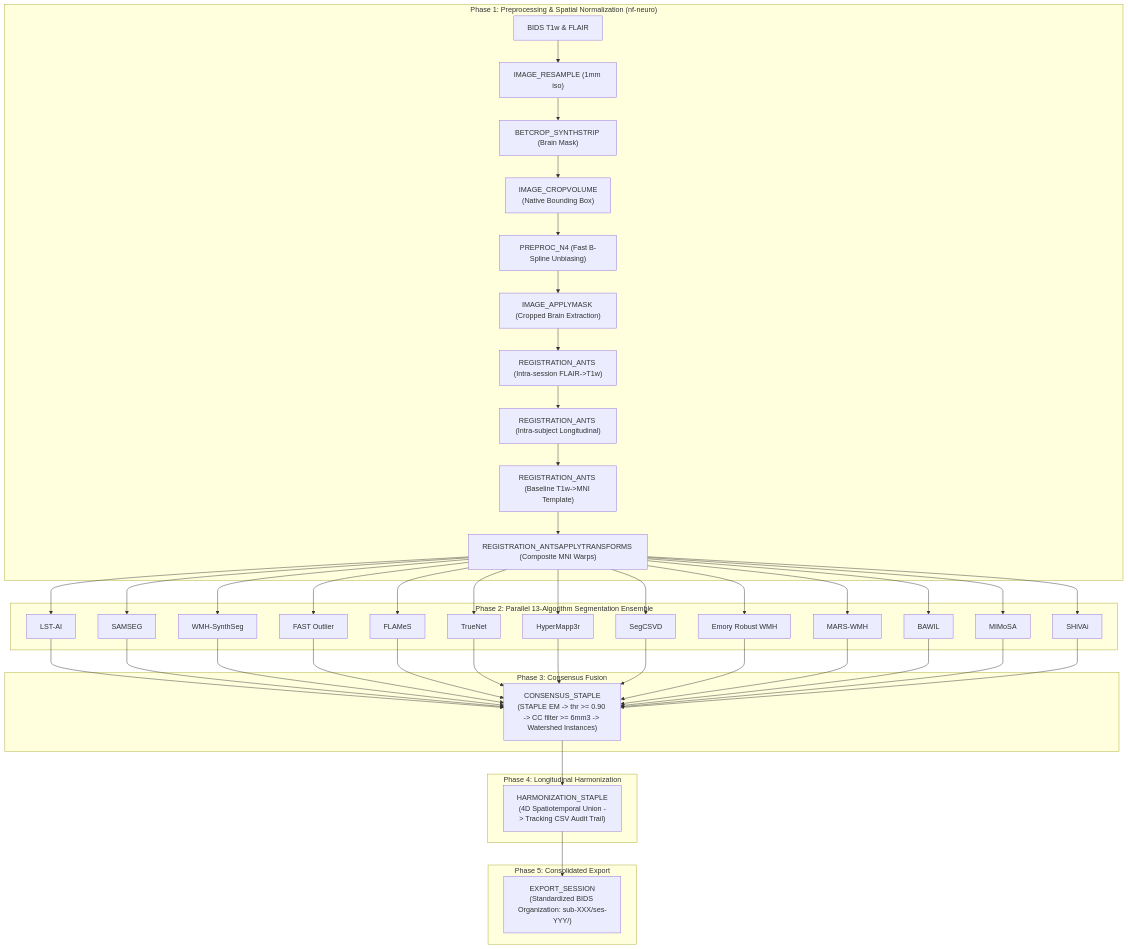
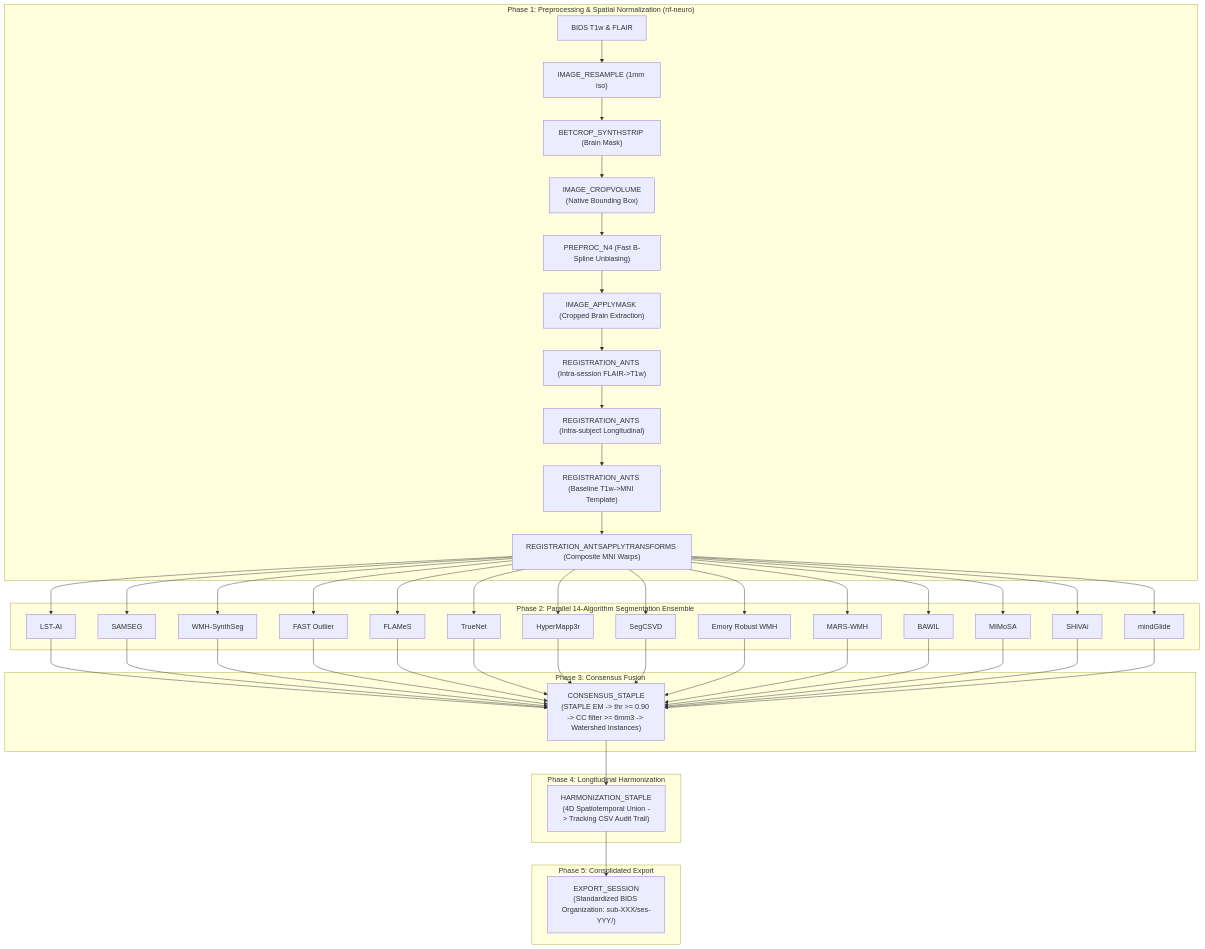
Before and after one commit to frheault/sf-lesionflow: the diagram in README.md, drawn with Mermaid. The commit also changed other lines of this file and 15 other files, not shown here.

````diff
--- a/README.md
+++ b/README.md
@@ -23,42 +23,43 @@
 ```mermaid
 flowchart TD
     subgraph Phase1["Phase 1: Preprocessing & Spatial Normalization (nf-neuro)"]
         A["BIDS T1w & FLAIR"] --> B["IMAGE_RESAMPLE (1mm iso)"]
         B --> C["BETCROP_SYNTHSTRIP (Brain Mask)"]
         C --> CR["IMAGE_CROPVOLUME<br>(Native Bounding Box)"]
         CR --> D["PREPROC_N4 (Fast B-Spline Unbiasing)"]
         D --> E["IMAGE_APPLYMASK (Cropped Brain Extraction)"]
         E --> F["REGISTRATION_ANTS (Intra-session FLAIR->T1w)"]
         F --> G["REGISTRATION_ANTS (Intra-subject Longitudinal)"]
         G --> H["REGISTRATION_ANTS (Baseline T1w->MNI Template)"]
         H --> I["REGISTRATION_ANTSAPPLYTRANSFORMS (Composite MNI Warps)"]
     end
 
-    subgraph Phase2["Phase 2: Parallel 13-Algorithm Segmentation Ensemble"]
+    subgraph Phase2["Phase 2: Parallel 14-Algorithm Segmentation Ensemble"]
         I --> S1["LST-AI"]
         I --> S2["SAMSEG"]
         I --> S3["WMH-SynthSeg"]
         I --> S4["FAST Outlier"]
         I --> S5["FLAMeS"]
         I --> S6["TrueNet"]
         I --> S7["HyperMapp3r"]
         I --> S8["SegCSVD"]
         I --> S9["Emory Robust WMH"]
         I --> S10["MARS-WMH"]
         I --> S11["BAWIL"]
         I --> S12["MIMoSA"]
         I --> S13["SHiVAi"]
+        I --> S14["mindGlide"]
     end
 
     subgraph Phase3["Phase 3: Consensus Fusion"]
-        S1 & S2 & S3 & S4 & S5 & S6 & S7 & S8 & S9 & S10 & S11 & S12 & S13 --> CF["CONSENSUS_STAPLE<br>(STAPLE EM -> thr >= 0.90 -> CC filter >= 6mm3 -> Watershed Instances)"]
+        S1 & S2 & S3 & S4 & S5 & S6 & S7 & S8 & S9 & S10 & S11 & S12 & S13 & S14 --> CF["CONSENSUS_STAPLE<br>(STAPLE EM -> thr >= 0.90 -> CC filter >= 6mm3 -> Watershed Instances)"]
     end
 
     subgraph Phase4["Phase 4: Longitudinal Harmonization"]
         CF --> LH["HARMONIZATION_STAPLE<br>(4D Spatiotemporal Union -> Tracking CSV Audit Trail)"]
     end
 
     subgraph Phase5["Phase 5: Consolidated Export"]
         LH --> EXP["EXPORT_SESSION<br>(Standardized BIDS Organization: sub-XXX/ses-YYY/)"]
     end
 ```
````
